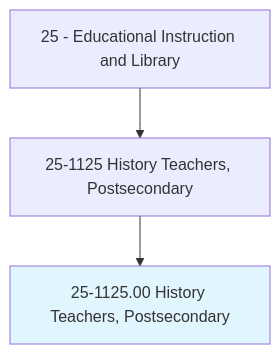
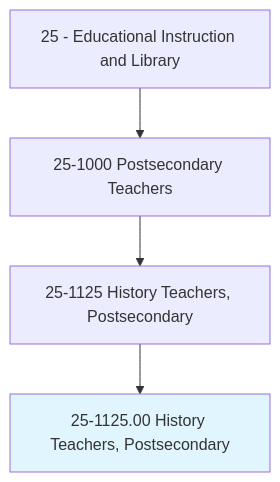
The first of 4 diagrams in occupations/Education/HistoryTeachersPostsecondary.mdx (kziemski/business.org.ai), drawn with Mermaid before and after one commit. The commit also changed other lines of this file and 938 other files, not shown here.

````diff
--- a/occupations/Education/HistoryTeachersPostsecondary.mdx
+++ b/occupations/Education/HistoryTeachersPostsecondary.mdx
@@ -19,6 +23,7 @@
 ```mermaid
 graph TD
-    Cat25["25 - Educational Instruction and Library"] --> Group251125["25-1125 History Teachers, Postsecondary"]
+    Cat25["25 - Educational Instruction and Library"] --> Group251["25-1000 Postsecondary Teachers"]
+    Group251 --> Group251125["25-1125 History Teachers, Postsecondary"]
     Group251125 --> Current["25-1125.00 History Teachers, Postsecondary"]
     style Current fill:#e1f5fe
 ```
````
